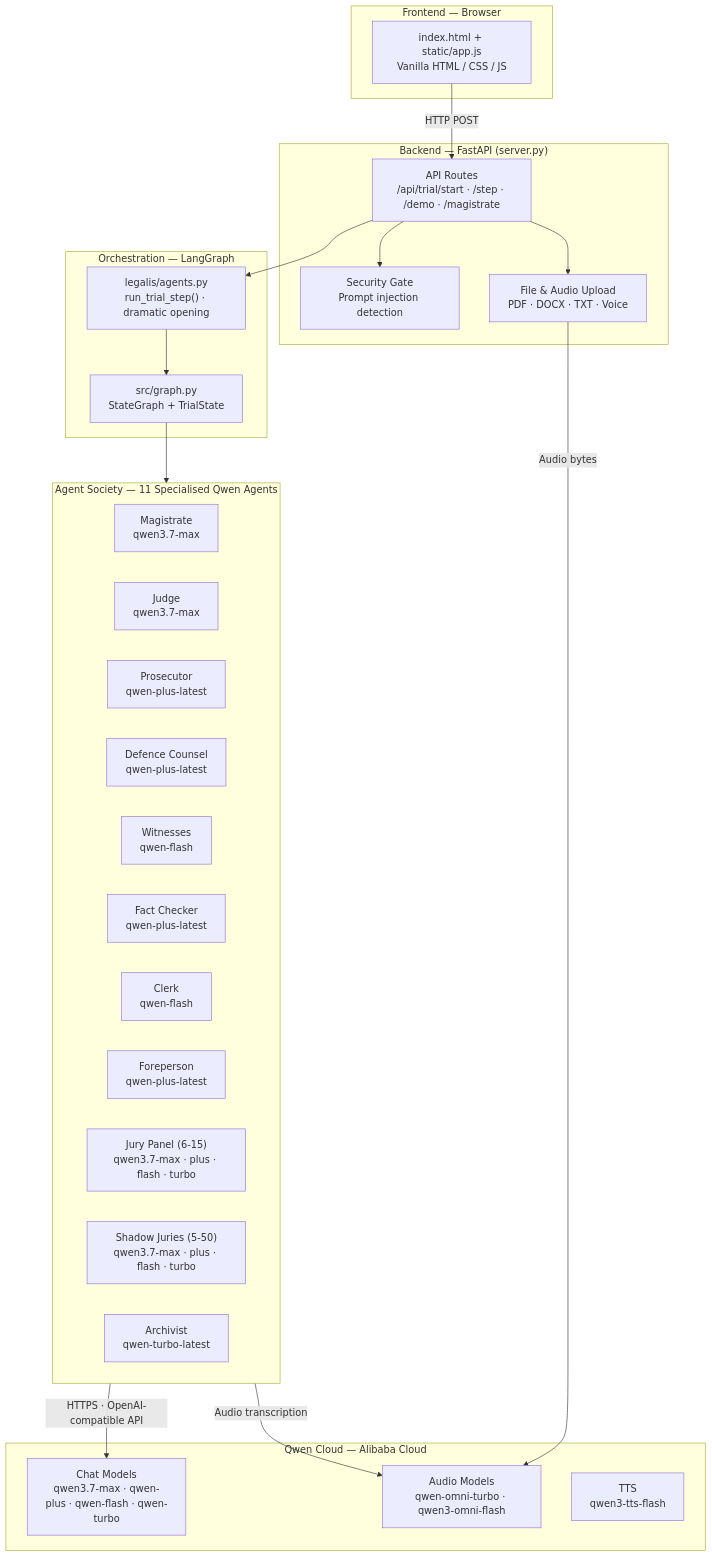
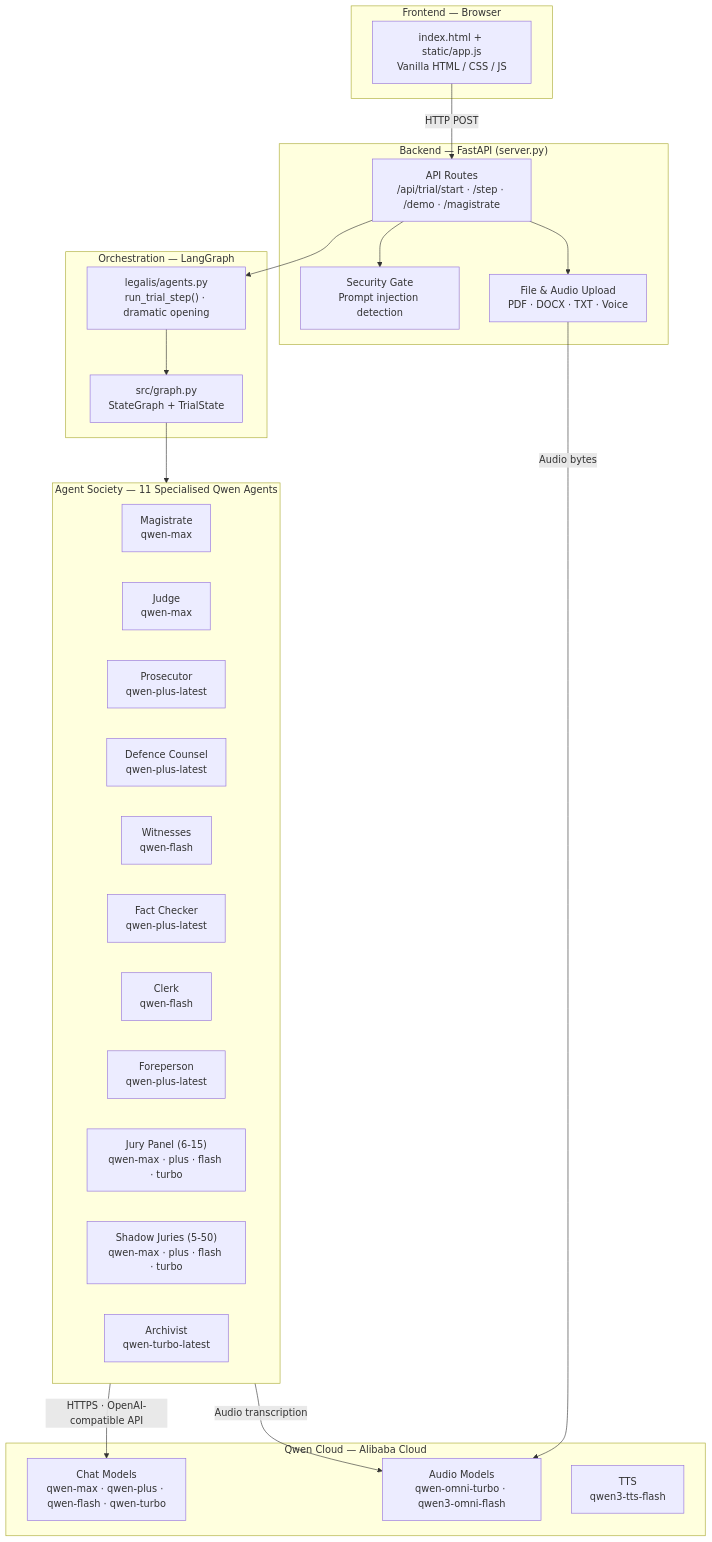
The diagram in docs/ARCHITECTURE.md (olatonrain/codex-legalist), drawn with Mermaid before and after one commit. The commit also changed other lines of this file and 8 other files, not shown here.

````diff
--- a/docs/ARCHITECTURE.md
+++ b/docs/ARCHITECTURE.md
@@ -5,48 +5,48 @@
 ```mermaid
 flowchart TD
     subgraph FRONTEND["Frontend — Browser"]
         UI["index.html + static/app.js<br/>Vanilla HTML / CSS / JS"]
     end
 
     subgraph BACKEND["Backend — FastAPI (server.py)"]
         API["API Routes<br/>/api/trial/start · /step · /demo · /magistrate"]
         SEC["Security Gate<br/>Prompt injection detection"]
         UPLOAD["File & Audio Upload<br/>PDF · DOCX · TXT · Voice"]
     end
 
     subgraph ORCHESTRATION["Orchestration — LangGraph"]
         GRAPH["src/graph.py<br/>StateGraph + TrialState"]
         RUNNER["legalis/agents.py<br/>run_trial_step() · dramatic opening"]
     end
 
     subgraph AGENTS["Agent Society — 11 Specialised Qwen Agents"]
         direction LR
-        MAG["Magistrate<br/>qwen3.7-max"]
-        JUD["Judge<br/>qwen3.7-max"]
+        MAG["Magistrate<br/>qwen-max"]
+        JUD["Judge<br/>qwen-max"]
         PROS["Prosecutor<br/>qwen-plus-latest"]
         DEF["Defence Counsel<br/>qwen-plus-latest"]
         WIT["Witnesses<br/>qwen-flash"]
         FC["Fact Checker<br/>qwen-plus-latest"]
         CLK["Clerk<br/>qwen-flash"]
         FP["Foreperson<br/>qwen-plus-latest"]
-        JURY["Jury Panel (6-15)<br/>qwen3.7-max · plus · flash · turbo"]
-        SHADOW["Shadow Juries (5-50)<br/>qwen3.7-max · plus · flash · turbo"]
+        JURY["Jury Panel (6-15)<br/>qwen-max · plus · flash · turbo"]
+        SHADOW["Shadow Juries (5-50)<br/>qwen-max · plus · flash · turbo"]
         ARCH["Archivist<br/>qwen-turbo-latest"]
     end
 
     subgraph QWEN["Qwen Cloud — Alibaba Cloud"]
-        CHAT["Chat Models<br/>qwen3.7-max · qwen-plus · qwen-flash · qwen-turbo"]
+        CHAT["Chat Models<br/>qwen-max · qwen-plus · qwen-flash · qwen-turbo"]
         AUDIO["Audio Models<br/>qwen-omni-turbo · qwen3-omni-flash"]
         TTS["TTS<br/>qwen3-tts-flash"]
     end
 
     UI -->|"HTTP POST"| API
     API --> SEC
     API --> UPLOAD
     API --> RUNNER
     RUNNER --> GRAPH
     GRAPH --> AGENTS
     UPLOAD -->|"Audio bytes"| AUDIO
     AGENTS -->|"HTTPS · OpenAI-compatible API"| CHAT
     AGENTS -->|"Audio transcription"| AUDIO
 ```
````
